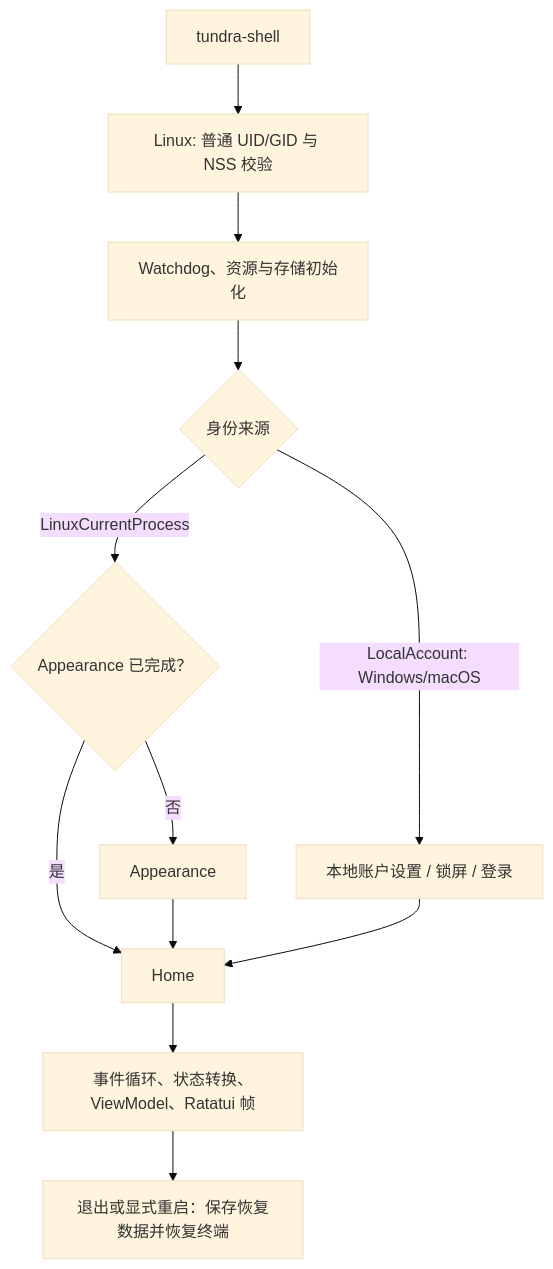
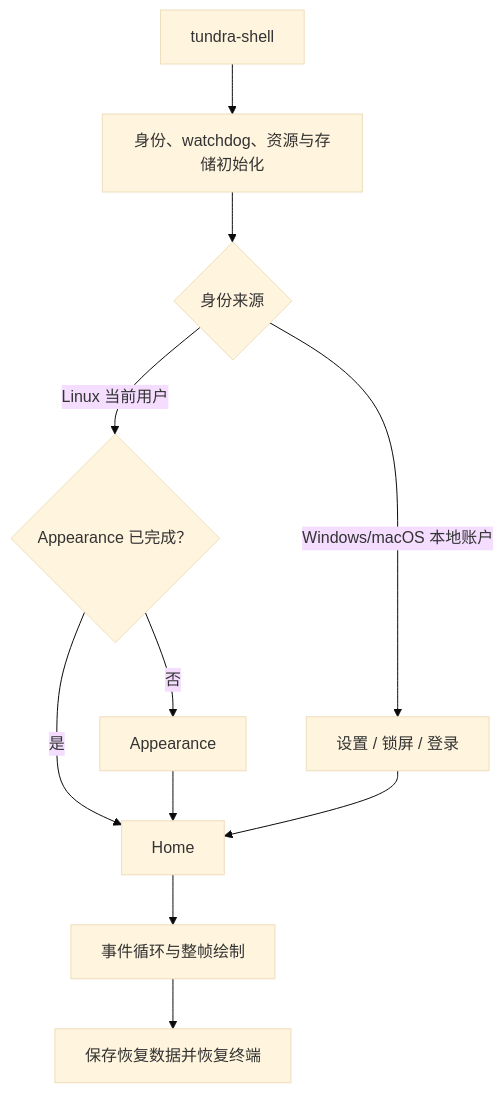
Before and after one commit to peixuanthomas/TundraUX3: the first of 2 diagrams in crates/shell/docs/session.md, drawn with Mermaid (base theme). The commit also changed other lines of this file and 6 other files, not shown here.

````diff
--- a/crates/shell/docs/session.md
+++ b/crates/shell/docs/session.md
@@ -17,14 +16,13 @@
 ```mermaid
 flowchart TD
-    A["tundra-shell"] --> V["Linux: 普通 UID/GID 与 NSS 校验"]
-    V --> B["Watchdog、资源与存储初始化"]
-    B --> P{"身份来源"}
-    P -- "LinuxCurrentProcess" --> F{"Appearance 已完成？"}
-    F -- "否" --> G["Appearance"]
-    F -- "是" --> I["Home"]
-    G --> I
-    P -- "LocalAccount: Windows/macOS" --> L["本地账户设置 / 锁屏 / 登录"]
-    L --> I
-    I --> J["事件循环、状态转换、ViewModel、Ratatui 帧"]
-    J --> K["退出或显式重启：保存恢复数据并恢复终端"]
+    A[tundra-shell] --> B[身份、watchdog、资源与存储初始化]
+    B --> C{身份来源}
+    C -->|Linux 当前用户| D{Appearance 已完成？}
+    D -->|否| E[Appearance]
+    D -->|是| H[Home]
+    E --> H
+    C -->|Windows/macOS 本地账户| F[设置 / 锁屏 / 登录]
+    F --> H
+    H --> I[事件循环与整帧绘制]
+    I --> J[保存恢复数据并恢复终端]
 ```
````
